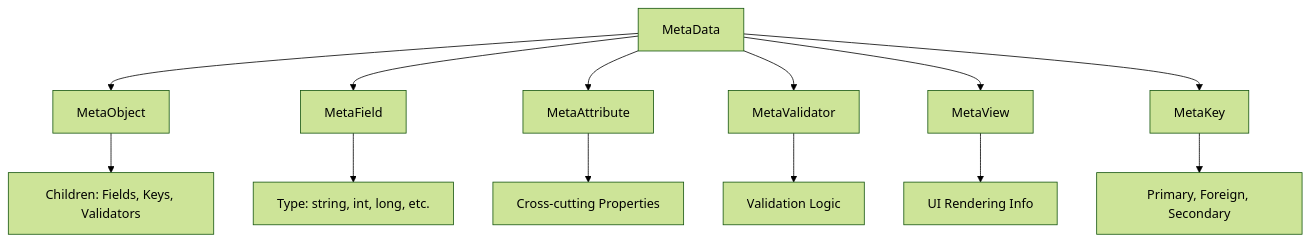
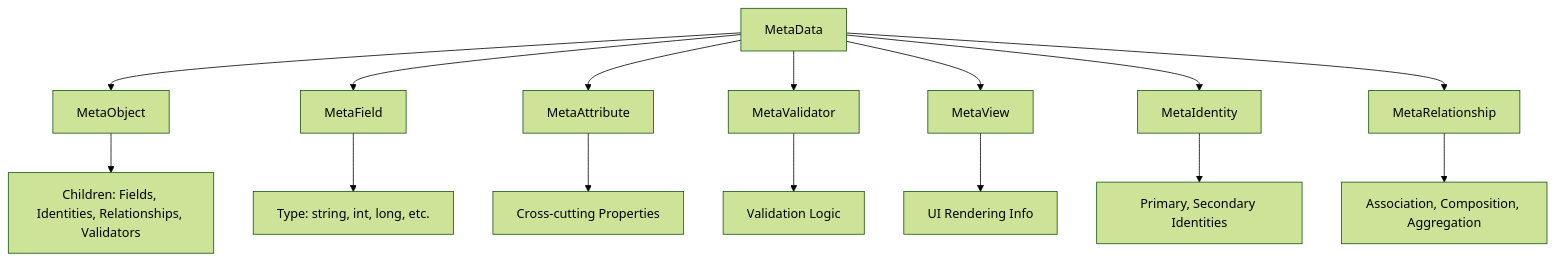
Before and after one commit to Draagon/draagon-metaobjects: the third of 3 diagrams in docs/src/site/documentation/docs/getting-started/core-concepts.md, drawn with Mermaid (forest theme). The commit also changed other lines of this file and 56 other files, not shown here.

First line of the commit message:
Complete MetaKey to MetaIdentity migration and JSON array parsing enhancement

````diff
--- a/docs/src/site/documentation/docs/getting-started/core-concepts.md
+++ b/docs/src/site/documentation/docs/getting-started/core-concepts.md
@@ -122,16 +122,18 @@
 ```mermaid
 graph TD
     A[MetaData] --> B[MetaObject]
     A --> C[MetaField]
     A --> D[MetaAttribute]
     A --> E[MetaValidator]
     A --> F[MetaView]
-    A --> G[MetaKey]
+    A --> G[MetaIdentity]
+    A --> H[MetaRelationship]
 
-    B --> H[Children: Fields, Keys, Validators]
-    C --> I[Type: string, int, long, etc.]
-    D --> J[Cross-cutting Properties]
-    E --> K[Validation Logic]
-    F --> L[UI Rendering Info]
-    G --> M[Primary, Foreign, Secondary]
+    B --> I[Children: Fields, Identities, Relationships, Validators]
+    C --> J[Type: string, int, long, etc.]
+    D --> K[Cross-cutting Properties]
+    E --> L[Validation Logic]
+    F --> M[UI Rendering Info]
+    G --> N[Primary, Secondary Identities]
+    H --> O[Association, Composition, Aggregation]
 ```
````
